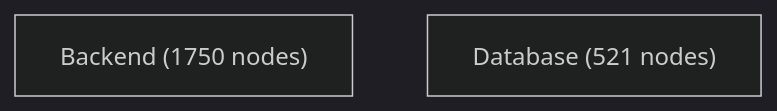
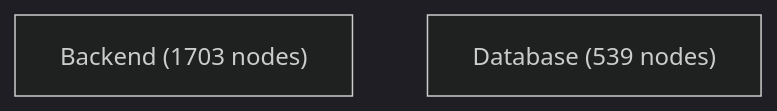
Before and after one commit to jankneumann/agentic-coding-tools: the diagram in docs/architecture-analysis/views/containers.mmd, drawn with Mermaid (dark theme). The commit also changed 12 other files, not shown here.

Commit message:
chore(architecture): refresh artifacts at 8a897cb3 after PR #714

```diff
--- a/docs/architecture-analysis/views/containers.mmd
+++ b/docs/architecture-analysis/views/containers.mmd
@@ -1,3 +1,3 @@
 flowchart TB
-    Backend["Backend (1750 nodes)"]
-    Database["Database (521 nodes)"]
+    Backend["Backend (1703 nodes)"]
+    Database["Database (539 nodes)"]
```
